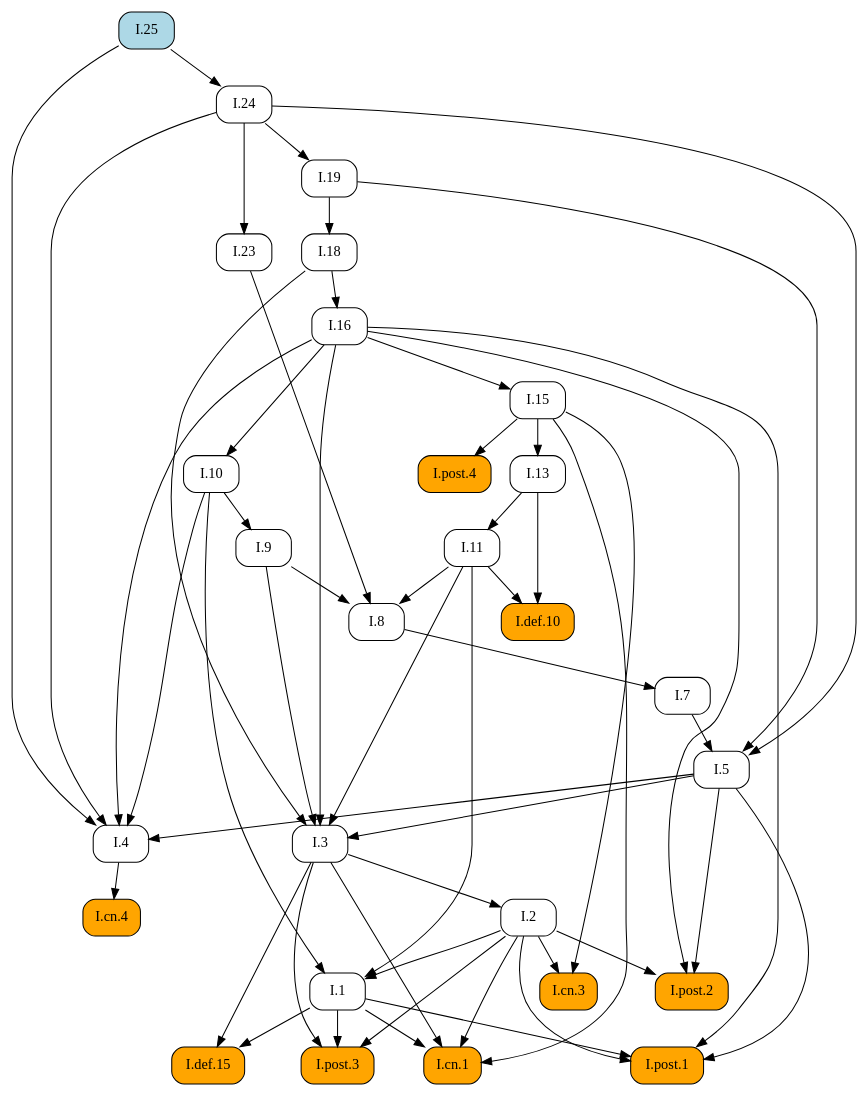
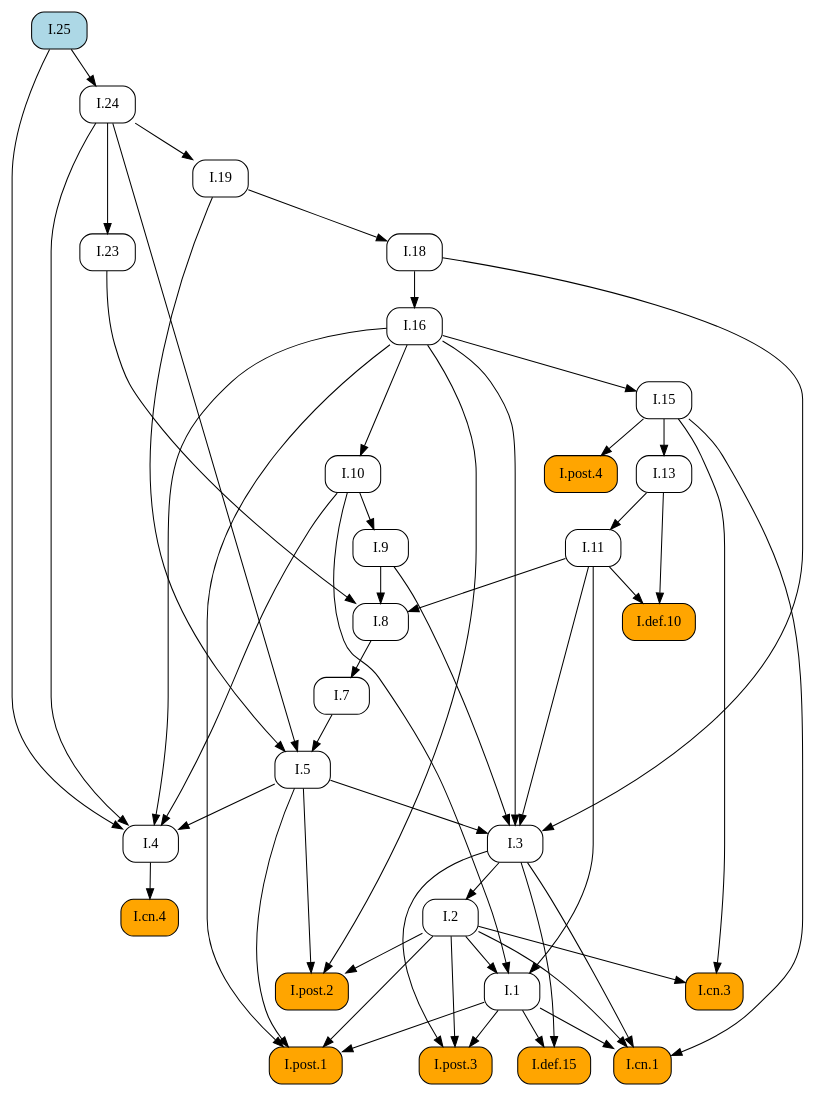
Before and after one commit to geometor/elements: the diagram in docsrc/elements2/I/25/index.rst, drawn with Graphviz. The commit also changed other lines of this file and 171 other files, not shown here.

```diff
--- a/docsrc/elements2/I/25/index.rst
+++ b/docsrc/elements2/I/25/index.rst
@@ -51,84 +51,84 @@
    digraph {
      rankdir="TB";
      node [shape=box, style=rounded];
+     "I.8" [URL="/elements2/I/8/", target="_top"];
+     "I.19" [URL="/elements2/I/19/", target="_top"];
+     "I.1" [URL="/elements2/I/1/", target="_top"];
+     "I.cn.4" [style="rounded,filled", fillcolor=orange, URL="/elements2/I/cn.4/", target="_top"];
+     "I.cn.3" [style="rounded,filled", fillcolor=orange, URL="/elements2/I/cn.3/", target="_top"];
+     "I.7" [URL="/elements2/I/7/", target="_top"];
+     "I.post.1" [style="rounded,filled", fillcolor=orange, URL="/elements2/I/post.1/", target="_top"];
+     "I.9" [URL="/elements2/I/9/", target="_top"];
+     "I.5" [URL="/elements2/I/5/", target="_top"];
+     "I.cn.1" [style="rounded,filled", fillcolor=orange, URL="/elements2/I/cn.1/", target="_top"];
      "I.16" [URL="/elements2/I/16/", target="_top"];
      "I.def.10" [style="rounded,filled", fillcolor=orange, URL="/elements2/I/def.10/", target="_top"];
-     "I.9" [URL="/elements2/I/9/", target="_top"];
      "I.18" [URL="/elements2/I/18/", target="_top"];
-     "I.8" [URL="/elements2/I/8/", target="_top"];
+     "I.13" [URL="/elements2/I/13/", target="_top"];
+     "I.post.4" [style="rounded,filled", fillcolor=orange, URL="/elements2/I/post.4/", target="_top"];
      "I.2" [URL="/elements2/I/2/", target="_top"];
+     "I.def.15" [style="rounded,filled", fillcolor=orange, URL="/elements2/I/def.15/", target="_top"];
+     "I.4" [URL="/elements2/I/4/", target="_top"];
+     "I.24" [URL="/elements2/I/24/", target="_top"];
+     "I.11" [URL="/elements2/I/11/", target="_top"];
+     "I.10" [URL="/elements2/I/10/", target="_top"];
+     "I.15" [URL="/elements2/I/15/", target="_top"];
+     "I.25" [style="rounded,filled", fillcolor=lightblue, URL="/elements2/I/25/", target="_top"];
+     "I.3" [URL="/elements2/I/3/", target="_top"];
+     "I.post.2" [style="rounded,filled", fillcolor=orange, URL="/elements2/I/post.2/", target="_top"];
      "I.23" [URL="/elements2/I/23/", target="_top"];
-     "I.15" [URL="/elements2/I/15/", target="_top"];
-     "I.cn.4" [style="rounded,filled", fillcolor=orange, URL="/elements2/I/cn.4/", target="_top"];
-     "I.def.15" [style="rounded,filled", fillcolor=orange, URL="/elements2/I/def.15/", target="_top"];
      "I.post.3" [style="rounded,filled", fillcolor=orange, URL="/elements2/I/post.3/", target="_top"];
-     "I.1" [URL="/elements2/I/1/", target="_top"];
-     "I.post.2" [style="rounded,filled", fillcolor=orange, URL="/elements2/I/post.2/", target="_top"];
-     "I.13" [URL="/elements2/I/13/", target="_top"];
-     "I.25" [style="rounded,filled", fillcolor=lightblue, URL="/elements2/I/25/", target="_top"];
-     "I.24" [URL="/elements2/I/24/", target="_top"];
-     "I.post.1" [style="rounded,filled", fillcolor=orange, URL="/elements2/I/post.1/", target="_top"];
-     "I.7" [URL="/elements2/I/7/", target="_top"];
-     "I.10" [URL="/elements2/I/10/", target="_top"];
-     "I.post.4" [style="rounded,filled", fillcolor=orange, URL="/elements2/I/post.4/", target="_top"];
-     "I.cn.1" [style="rounded,filled", fillcolor=orange, URL="/elements2/I/cn.1/", target="_top"];
-     "I.3" [URL="/elements2/I/3/", target="_top"];
-     "I.cn.3" [style="rounded,filled", fillcolor=orange, URL="/elements2/I/cn.3/", target="_top"];
-     "I.11" [URL="/elements2/I/11/", target="_top"];
-     "I.19" [URL="/elements2/I/19/", target="_top"];
-     "I.5" [URL="/elements2/I/5/", target="_top"];
-     "I.4" [URL="/elements2/I/4/", target="_top"];
-     "I.18" -> "I.16";
-     "I.11" -> "I.def.10";
-     "I.13" -> "I.def.10";
-     "I.10" -> "I.9";
-     "I.19" -> "I.18";
      "I.9" -> "I.8";
      "I.11" -> "I.8";
      "I.23" -> "I.8";
-     "I.3" -> "I.2";
-     "I.24" -> "I.23";
-     "I.16" -> "I.15";
-     "I.4" -> "I.cn.4";
-     "I.1" -> "I.def.15";
-     "I.3" -> "I.def.15";
-     "I.1" -> "I.post.3";
-     "I.2" -> "I.post.3";
-     "I.3" -> "I.post.3";
+     "I.24" -> "I.19";
      "I.2" -> "I.1";
      "I.10" -> "I.1";
      "I.11" -> "I.1";
-     "I.2" -> "I.post.2";
-     "I.5" -> "I.post.2";
-     "I.16" -> "I.post.2";
-     "I.15" -> "I.13";
-     "I.25" -> "I.24";
+     "I.4" -> "I.cn.4";
+     "I.2" -> "I.cn.3";
+     "I.15" -> "I.cn.3";
+     "I.8" -> "I.7";
      "I.1" -> "I.post.1";
      "I.2" -> "I.post.1";
      "I.5" -> "I.post.1";
      "I.16" -> "I.post.1";
-     "I.8" -> "I.7";
-     "I.16" -> "I.10";
-     "I.15" -> "I.post.4";
+     "I.10" -> "I.9";
+     "I.7" -> "I.5";
+     "I.19" -> "I.5";
+     "I.24" -> "I.5";
      "I.1" -> "I.cn.1";
      "I.2" -> "I.cn.1";
      "I.3" -> "I.cn.1";
      "I.15" -> "I.cn.1";
+     "I.18" -> "I.16";
+     "I.11" -> "I.def.10";
+     "I.13" -> "I.def.10";
+     "I.19" -> "I.18";
+     "I.15" -> "I.13";
+     "I.15" -> "I.post.4";
+     "I.3" -> "I.2";
+     "I.1" -> "I.def.15";
+     "I.3" -> "I.def.15";
+     "I.5" -> "I.4";
+     "I.10" -> "I.4";
+     "I.16" -> "I.4";
+     "I.24" -> "I.4";
+     "I.25" -> "I.4";
+     "I.25" -> "I.24";
+     "I.13" -> "I.11";
+     "I.16" -> "I.10";
+     "I.16" -> "I.15";
      "I.5" -> "I.3";
      "I.9" -> "I.3";
      "I.11" -> "I.3";
      "I.16" -> "I.3";
      "I.18" -> "I.3";
-     "I.2" -> "I.cn.3";
-     "I.15" -> "I.cn.3";
-     "I.13" -> "I.11";
-     "I.24" -> "I.19";
-     "I.7" -> "I.5";
-     "I.19" -> "I.5";
-     "I.24" -> "I.5";
-     "I.5" -> "I.4";
-     "I.10" -> "I.4";
-     "I.16" -> "I.4";
-     "I.24" -> "I.4";
-     "I.25" -> "I.4";
+     "I.2" -> "I.post.2";
+     "I.5" -> "I.post.2";
+     "I.16" -> "I.post.2";
+     "I.24" -> "I.23";
+     "I.1" -> "I.post.3";
+     "I.2" -> "I.post.3";
+     "I.3" -> "I.post.3";
    }
```
